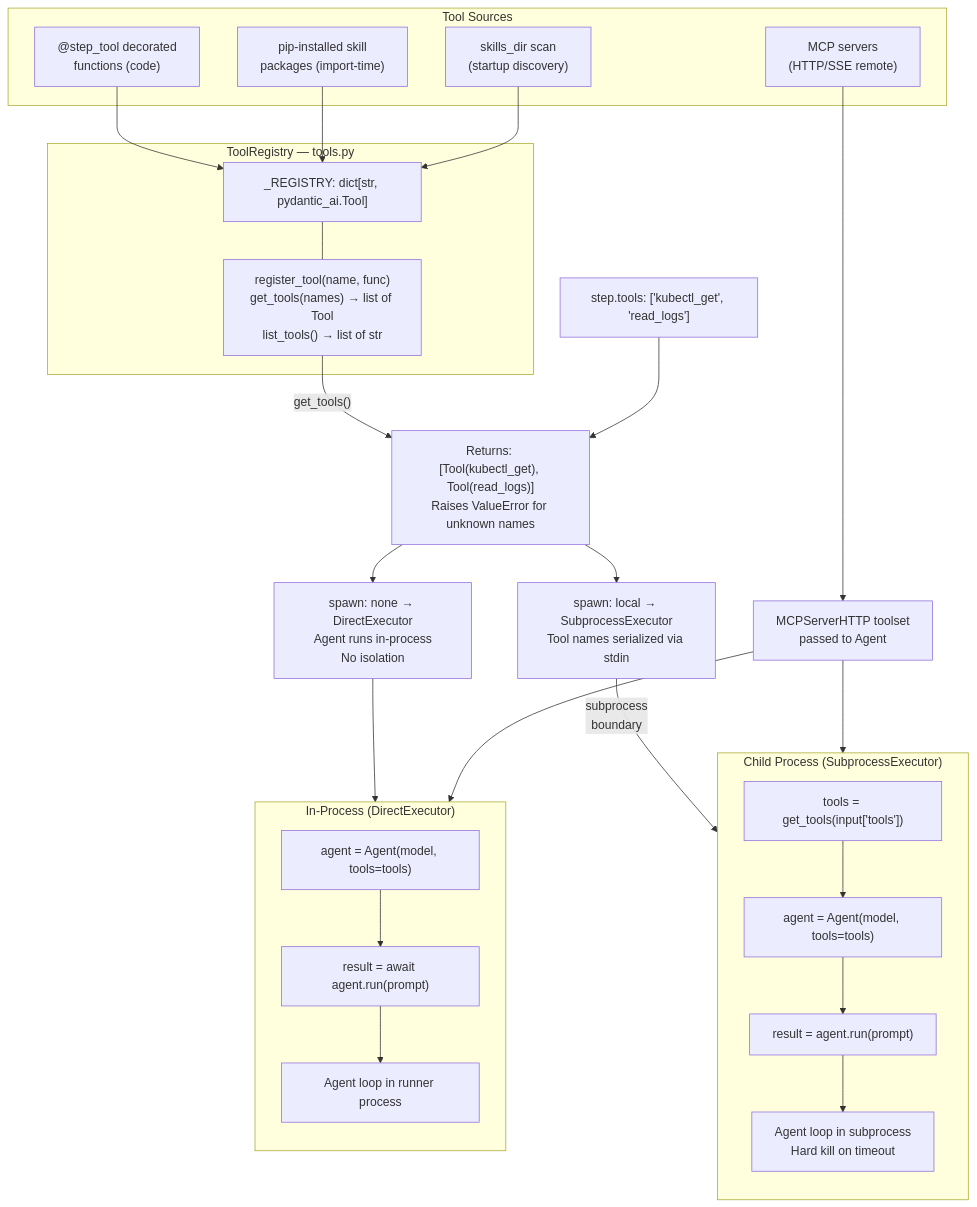
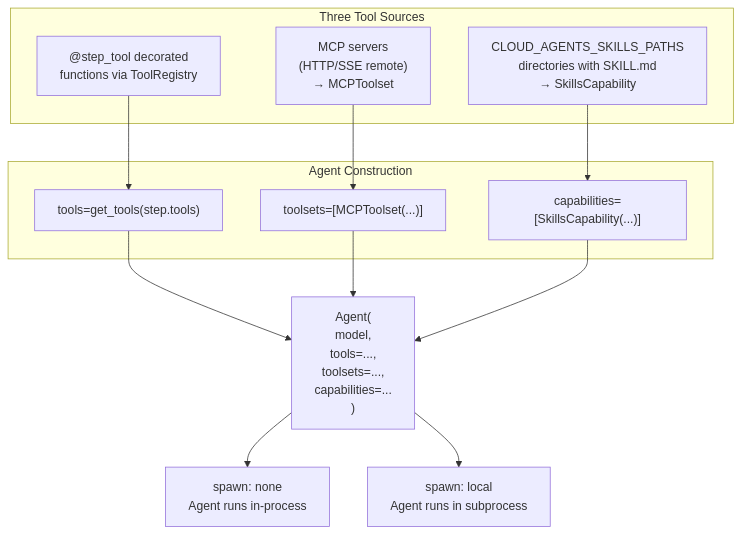
The second of 6 diagrams in docs/tool-registry-architecture.md (jameswnl/lightspeed-cloud-agents), drawn with Mermaid before and after one commit. The commit also changed other lines of this file and 3 other files, not shown here.

````diff
--- a/docs/tool-registry-architecture.md
+++ b/docs/tool-registry-architecture.md
@@ -40,51 +40,25 @@
 ```mermaid
 flowchart TD
-    subgraph sources["Tool Sources"]
-        decorators["@step_tool decorated<br/>functions (code)"]
-        packages["pip-installed skill<br/>packages (import-time)"]
-        scan["skills_dir scan<br/>(startup discovery)"]
-        mcp["MCP servers<br/>(HTTP/SSE remote)"]
+    subgraph sources["Three Tool Sources"]
+        decorators["@step_tool decorated<br/>functions via ToolRegistry"]
+        skills["CLOUD_AGENTS_SKILLS_PATHS<br/>directories with SKILL.md<br/>→ SkillsCapability"]
+        mcp["MCP servers<br/>(HTTP/SSE remote)<br/>→ MCPToolset"]
     end
 
-    subgraph registry["ToolRegistry — tools.py"]
-        store["_REGISTRY: dict[str, pydantic_ai.Tool]"]
-        api["register_tool(name, func)<br/>get_tools(names) → list of Tool<br/>list_tools() → list of str"]
+    subgraph agent_construction["Agent Construction"]
+        tools_param["tools=get_tools(step.tools)"]
+        toolsets_param["toolsets=[MCPToolset(...)]"]
+        caps_param["capabilities=[SkillsCapability(...)]"]
     end
 
-    decorators --> store
-    packages --> store
-    scan --> store
-    store --- api
+    decorators --> tools_param
+    mcp --> toolsets_param
+    skills --> caps_param
 
-    step_tools["step.tools: ['kubectl_get', 'read_logs']"]
-    api -->|"get_tools()"| resolved["Returns: [Tool(kubectl_get), Tool(read_logs)]<br/>Raises ValueError for unknown names"]
+    tools_param --> agent["Agent(<br/>model,<br/>tools=...,<br/>toolsets=...,<br/>capabilities=...<br/>)"]
+    toolsets_param --> agent
+    caps_param --> agent
 
-    step_tools --> resolved
-
-    resolved --> direct_exec["spawn: none → DirectExecutor<br/>Agent runs in-process<br/>No isolation"]
-    resolved --> subprocess_exec["spawn: local → SubprocessExecutor<br/>Tool names serialized via stdin"]
-
-    subgraph direct_agent["In-Process (DirectExecutor)"]
-        direction TB
-        d_agent["agent = Agent(model, tools=tools)"]
-        d_run["result = await agent.run(prompt)"]
-        d_loop["Agent loop in runner process"]
-        d_agent --> d_run --> d_loop
-    end
-
-    subgraph child["Child Process (SubprocessExecutor)"]
-        direction TB
-        c_load["tools = get_tools(input['tools'])"]
-        c_agent["agent = Agent(model, tools=tools)"]
-        c_run["result = agent.run(prompt)"]
-        c_loop["Agent loop in subprocess<br/>Hard kill on timeout"]
-        c_load --> c_agent --> c_run --> c_loop
-    end
-
-    direct_exec --> direct_agent
-    subprocess_exec -->|"subprocess<br/>boundary"| child
-
-    mcp --> mcp_toolset["MCPServerHTTP toolset<br/>passed to Agent"]
-    mcp_toolset --> direct_agent
-    mcp_toolset --> child
+    agent --> direct_exec["spawn: none<br/>Agent runs in-process"]
+    agent --> subprocess_exec["spawn: local<br/>Agent runs in subprocess"]
 ```
````
